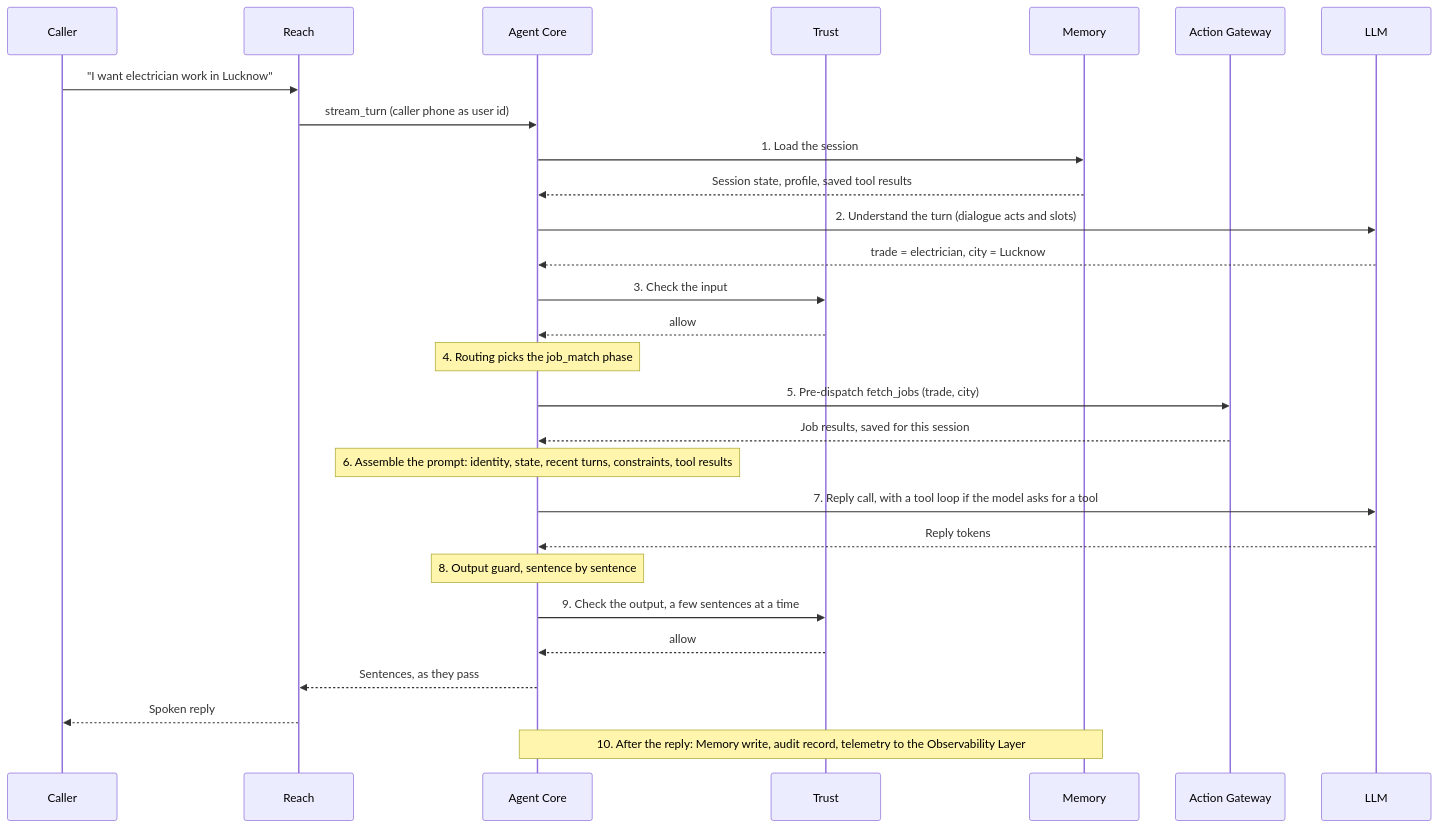
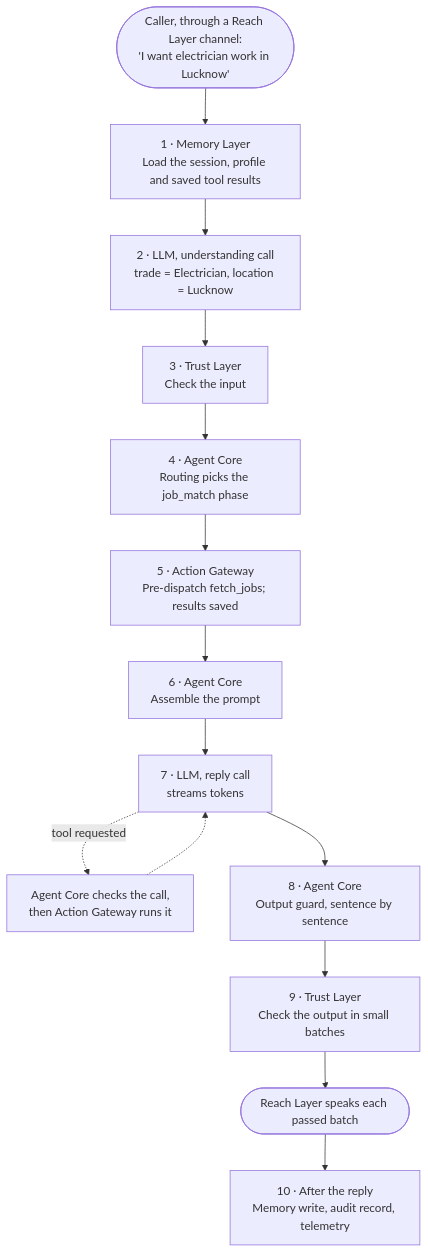
The second of 2 diagrams in src/content/docs/core-concepts/architecture/ai-diffusion-dpg.md (Blue-Dots-Economy/bluedots-docs), drawn with Mermaid before and after one commit. The commit also changed other lines of this file and 1 other file, not shown here.

Commit message:
docs(ai-diffusion): redraw the turn diagram, tighten consent lead-in, guide fixes
- Architecture page: replace the seven-participant sequence diagram with a
  one-column flowchart of numbered steps, each naming the block doing the
  work; slot is `location`. The consent lead-in now names the Blue Dots
  mechanism.
- Local setup guide: container list adds up to 16, portable sed form for
  the reset, web chat step only changes GOOGLE_CLIENT_ID.

```diff
--- a/src/content/docs/core-concepts/architecture/ai-diffusion-dpg.md
+++ b/src/content/docs/core-concepts/architecture/ai-diffusion-dpg.md
@@ -47,30 +47,16 @@
 <pre class="mermaid">
-sequenceDiagram
-  participant Caller
-  participant Reach
-  participant AC as Agent Core
-  participant Trust
-  participant Memory
-  participant AG as Action Gateway
-  participant LLM
-  Caller->>Reach: "I want electrician work in Lucknow"
-  Reach->>AC: stream_turn (caller phone as user id)
-  AC->>Memory: 1. Load the session
-  Memory-->>AC: Session state, profile, saved tool results
-  AC->>LLM: 2. Understand the turn (dialogue acts and slots)
-  LLM-->>AC: trade = electrician, city = Lucknow
-  AC->>Trust: 3. Check the input
-  Trust-->>AC: allow
-  Note over AC: 4. Routing picks the job_match phase
-  AC->>AG: 5. Pre-dispatch fetch_jobs (trade, city)
-  AG-->>AC: Job results, saved for this session
-  Note over AC: 6. Assemble the prompt: identity, state, recent turns, constraints, tool results
-  AC->>LLM: 7. Reply call, with a tool loop if the model asks for a tool
-  LLM-->>AC: Reply tokens
-  Note over AC: 8. Output guard, sentence by sentence
-  AC->>Trust: 9. Check the output, a few sentences at a time
-  Trust-->>AC: allow
-  AC-->>Reach: Sentences, as they pass
-  Reach-->>Caller: Spoken reply
-  Note over AC,Memory: 10. After the reply: Memory write, audit record, telemetry to the Observability Layer
+flowchart TD
+  IN(["Caller, through a Reach Layer channel:<br/>'I want electrician work in Lucknow'"]) --> S1
+  S1["1 · Memory Layer<br/>Load the session, profile and saved tool results"] --> S2
+  S2["2 · LLM, understanding call<br/>trade = Electrician, location = Lucknow"] --> S3
+  S3["3 · Trust Layer<br/>Check the input"] --> S4
+  S4["4 · Agent Core<br/>Routing picks the job_match phase"] --> S5
+  S5["5 · Action Gateway<br/>Pre-dispatch fetch_jobs; results saved"] --> S6
+  S6["6 · Agent Core<br/>Assemble the prompt"] --> S7
+  S7["7 · LLM, reply call<br/>streams tokens"] -. "tool requested" .-> T["Agent Core checks the call,<br/>then Action Gateway runs it"]
+  T -.-> S7
+  S7 --> S8["8 · Agent Core<br/>Output guard, sentence by sentence"]
+  S8 --> S9["9 · Trust Layer<br/>Check the output in small batches"]
+  S9 --> OUT(["Reach Layer speaks each passed batch"])
+  OUT --> S10["10 · After the reply<br/>Memory write, audit record, telemetry"]
 </pre>
```
